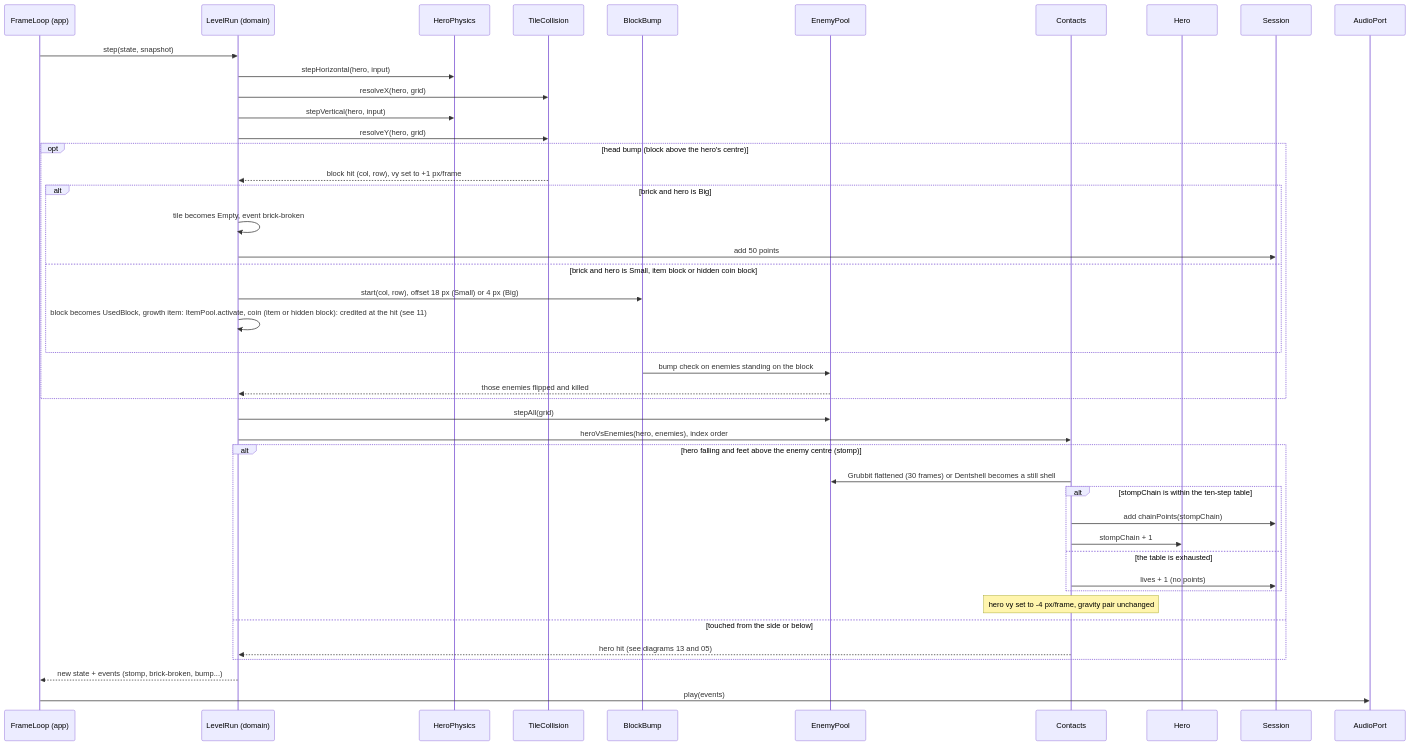
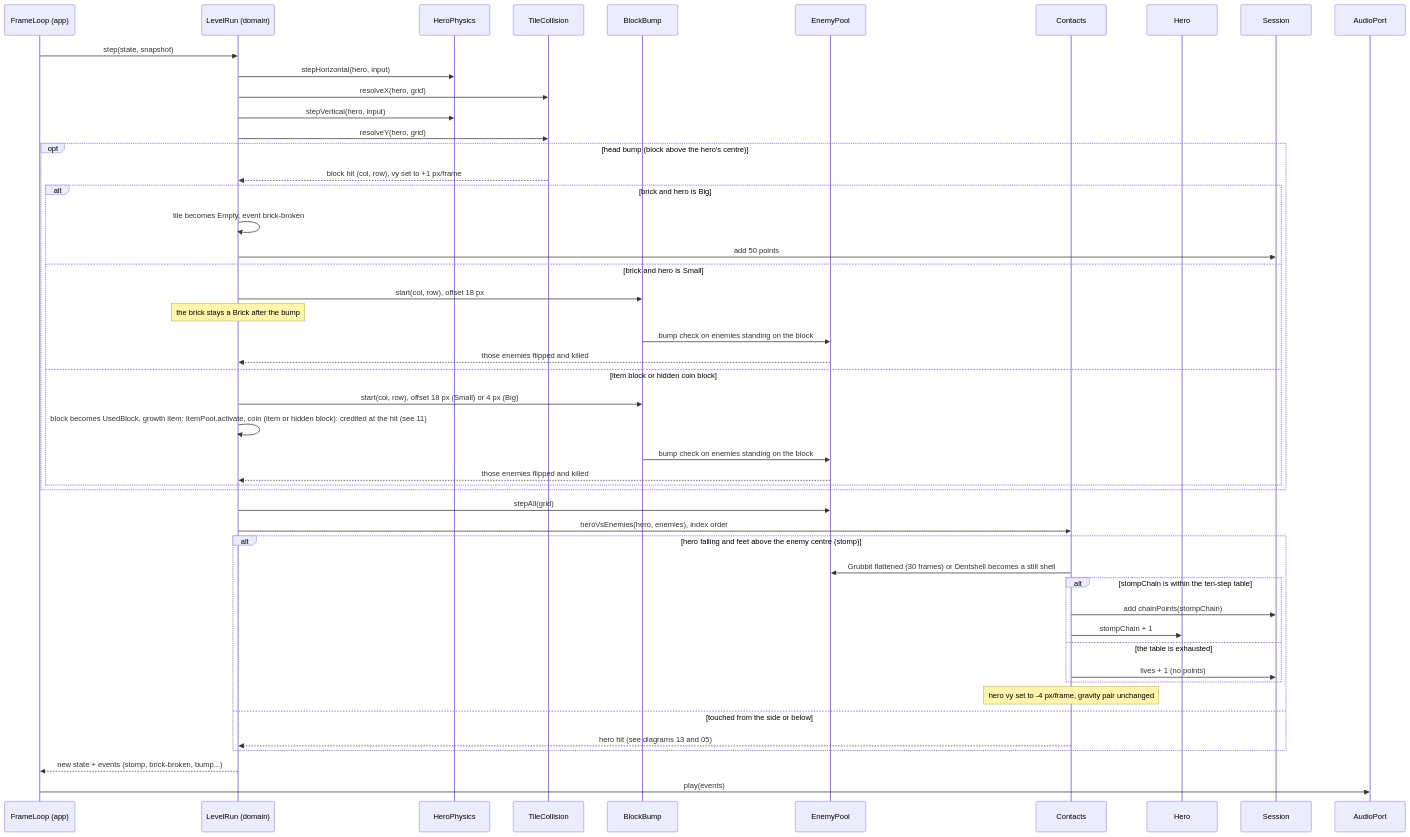
One commit to benoit-bremaud/retro-plumber changed the diagram in docs/architecture/diagrams/gameplay/10-sequence-collisions.md. Above: the diagram before and after it, drawn with Mermaid.

Commit message:
docs(uml): address fifth Codex review on sequence 10 (#7)

````diff
--- a/docs/architecture/diagrams/gameplay/10-sequence-collisions.md
+++ b/docs/architecture/diagrams/gameplay/10-sequence-collisions.md
@@ -14,46 +14,51 @@
 ```mermaid
 sequenceDiagram
     participant FL as FrameLoop (app)
     participant LR as LevelRun (domain)
     participant HP as HeroPhysics
     participant TC as TileCollision
     participant BB as BlockBump
     participant EP as EnemyPool
     participant Ct as Contacts
     participant H as Hero
     participant Sess as Session
     participant Snd as AudioPort
     FL->>LR: step(state, snapshot)
     LR->>HP: stepHorizontal(hero, input)
     LR->>TC: resolveX(hero, grid)
     LR->>HP: stepVertical(hero, input)
     LR->>TC: resolveY(hero, grid)
     opt head bump (block above the hero's centre)
         TC-->>LR: block hit (col, row), vy set to +1 px/frame
         alt brick and hero is Big
             LR->>LR: tile becomes Empty, event brick-broken
             LR->>Sess: add 50 points
-        else brick and hero is Small, item block or hidden coin block
+        else brick and hero is Small
+            LR->>BB: start(col, row), offset 18 px
+            Note over LR: the brick stays a Brick after the bump
+            BB->>EP: bump check on enemies standing on the block
+            EP-->>LR: those enemies flipped and killed
+        else item block or hidden coin block
             LR->>BB: start(col, row), offset 18 px (Small) or 4 px (Big)
             LR->>LR: block becomes UsedBlock, growth item: ItemPool.activate, coin (item or hidden block): credited at the hit (see 11)
+            BB->>EP: bump check on enemies standing on the block
+            EP-->>LR: those enemies flipped and killed
         end
-        BB->>EP: bump check on enemies standing on the block
-        EP-->>LR: those enemies flipped and killed
     end
     LR->>EP: stepAll(grid)
     LR->>Ct: heroVsEnemies(hero, enemies), index order
     alt hero falling and feet above the enemy centre (stomp)
         Ct->>EP: Grubbit flattened (30 frames) or Dentshell becomes a still shell
         alt stompChain is within the ten-step table
             Ct->>Sess: add chainPoints(stompChain)
             Ct->>H: stompChain + 1
         else the table is exhausted
             Ct->>Sess: lives + 1 (no points)
         end
         Note over Ct: hero vy set to -4 px/frame, gravity pair unchanged
     else touched from the side or below
         Ct-->>LR: hero hit (see diagrams 13 and 05)
     end
     LR-->>FL: new state + events (stomp, brick-broken, bump...)
     FL->>Snd: play(events)
 ```
````
